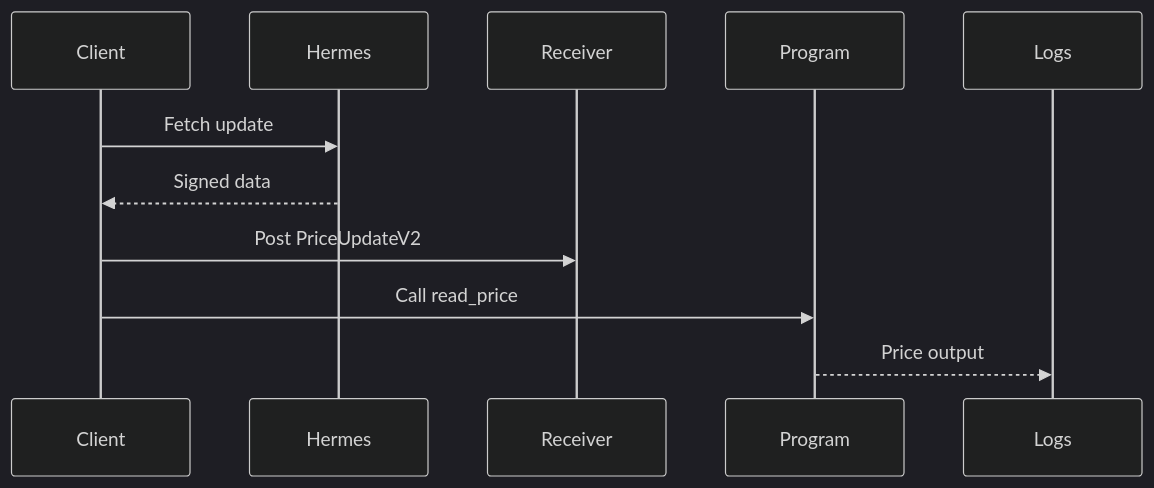
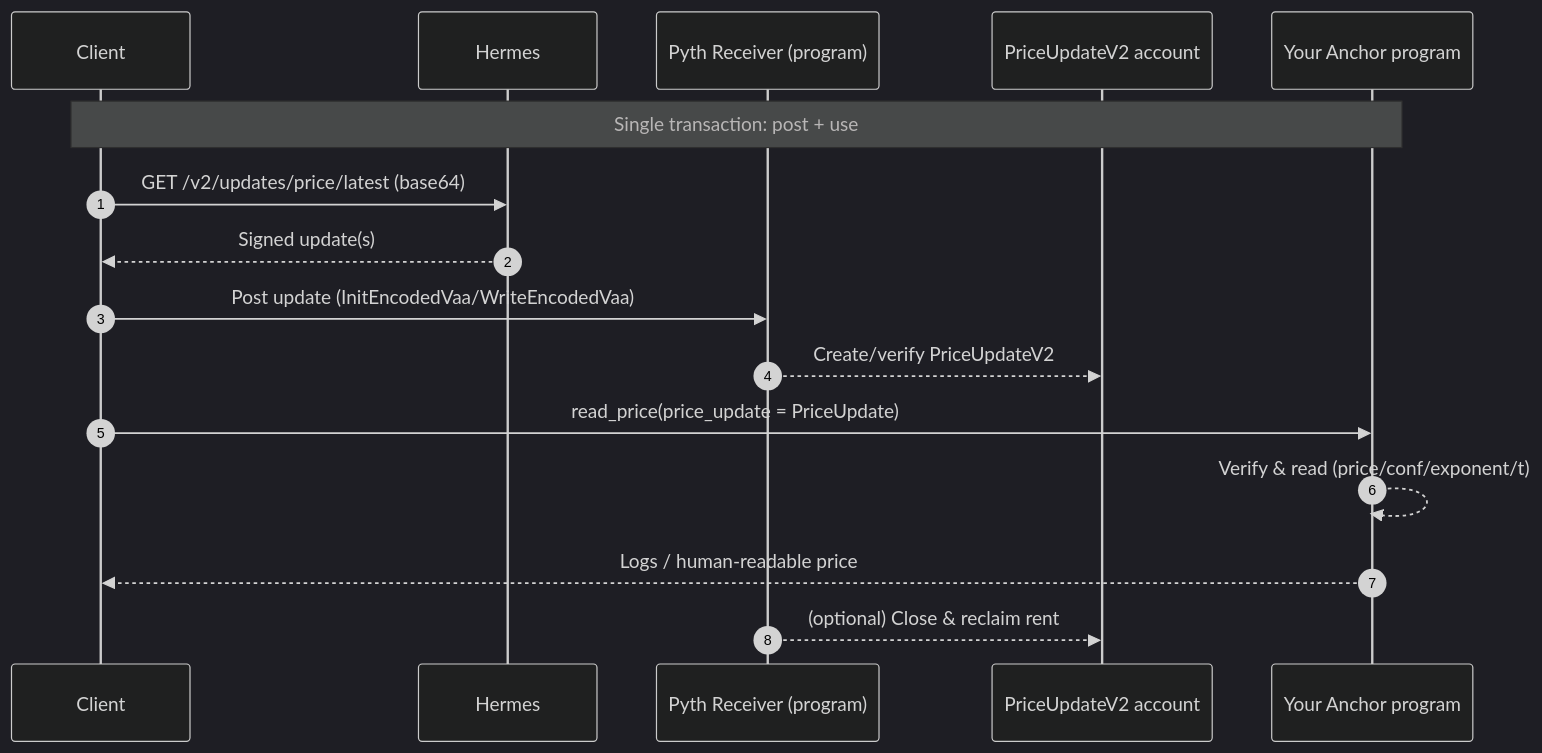
One commit to nicoalba/pyth-price-solana changed the diagram in README.md. Above: the diagram before and after it, drawn with Mermaid (dark theme).

````diff
--- a/README.md
+++ b/README.md
@@ -27,8 +27,21 @@
 ```mermaid
 sequenceDiagram
-  Client->>Hermes: Fetch update
-  Hermes-->>Client: Signed data
-  Client->>Receiver: Post PriceUpdateV2
-  Client->>Program: Call read_price
-  Program-->>Logs: Price output
+  autonumber
+  participant Client
+  participant Hermes
+  participant Receiver as Pyth Receiver (program)
+  participant PriceUpdate as PriceUpdateV2 account
+  participant Program as Your Anchor program
+
+  Note over Client,Program: Single transaction: post + use
+
+  Client->>Hermes: GET /v2/updates/price/latest (base64)
+  Hermes-->>Client: Signed update(s)
+  Client->>Receiver: Post update (InitEncodedVaa/WriteEncodedVaa)
+  Receiver-->>PriceUpdate: Create/verify PriceUpdateV2
+  Client->>Program: read_price(price_update = PriceUpdate)
+  Program-->>Program: Verify & read (price/conf/exponent/t)
+  Program-->>Client: Logs / human-readable price
+  Receiver-->>PriceUpdate: (optional) Close & reclaim rent
+
 ```
````
